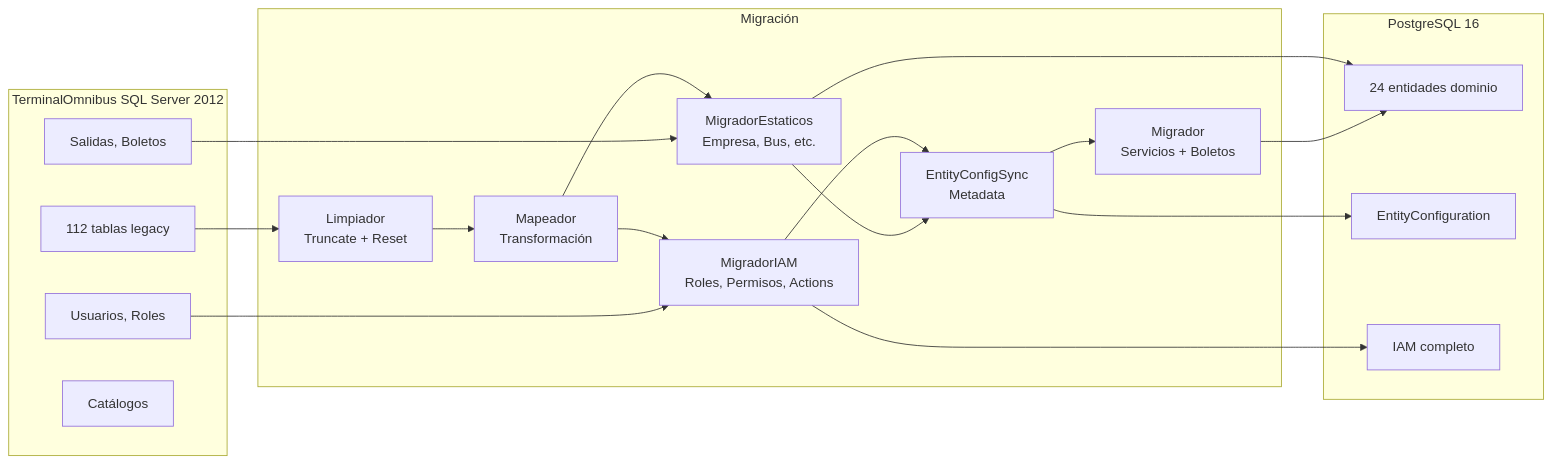
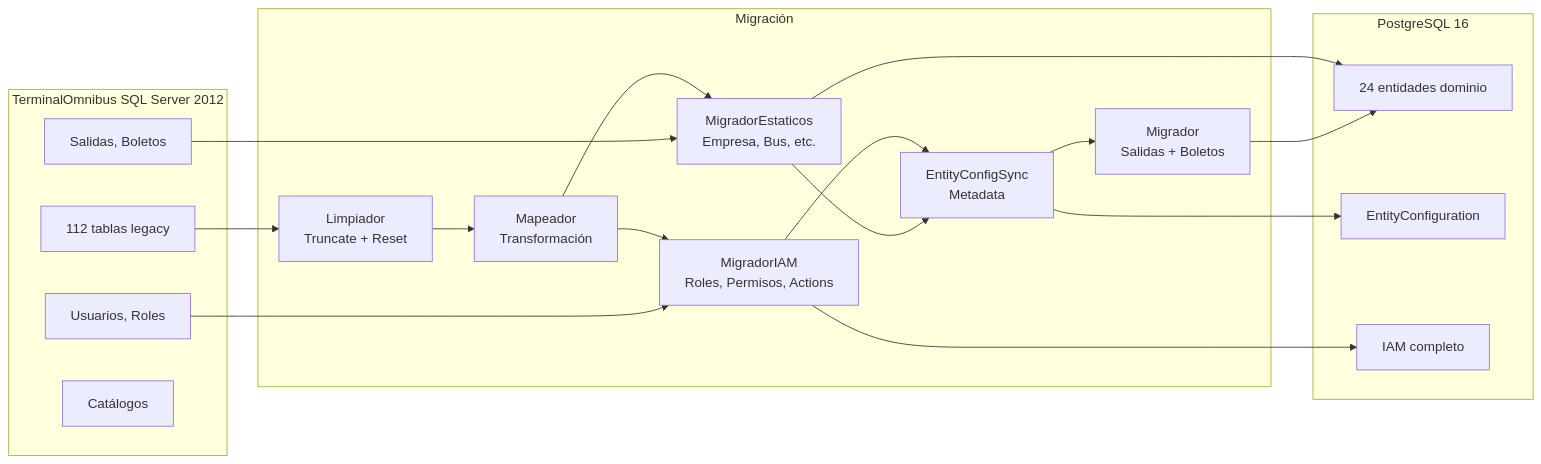
Before and after one commit to alcidesrh/f_d_n: the diagram in docs/backend/migration/overview.md, drawn with Mermaid. The commit also changed other lines of this file and 112 other files, not shown here.

````diff
--- a/docs/backend/migration/overview.md
+++ b/docs/backend/migration/overview.md
@@ -9,38 +9,38 @@
 ```mermaid
 flowchart LR
     subgraph Legacy[TerminalOmnibus SQL Server 2012]
         L1[112 tablas legacy]
         L2[Salidas, Boletos]
         L3[Usuarios, Roles]
         L4[Catálogos]
     end
 
     subgraph Pipeline[Migración]
         P1[Limpiador<br/>Truncate + Reset]
         P2[Mapeador<br/>Transformación]
         P3[MigradorEstaticos<br/>Empresa, Bus, etc.]
         P4[MigradorIAM<br/>Roles, Permisos, Actions]
         P5[EntityConfigSync<br/>Metadata]
-        P6[Migrador<br/>Servicios + Boletos]
+        P6[Migrador<br/>Salidas + Boletos]
     end
 
     subgraph New[PostgreSQL 16]
         N1[24 entidades dominio]
         N2[EntityConfiguration]
         N3[IAM completo]
     end
 
     L1 --> P1
     P1 --> P2
     L2 --> P3
     L3 --> P4
     P2 --> P3
     P2 --> P4
     P3 --> P5
     P4 --> P5
     P5 --> P6
     P6 --> N1
     P3 --> N1
     P4 --> N3
     P5 --> N2
 ```
````
